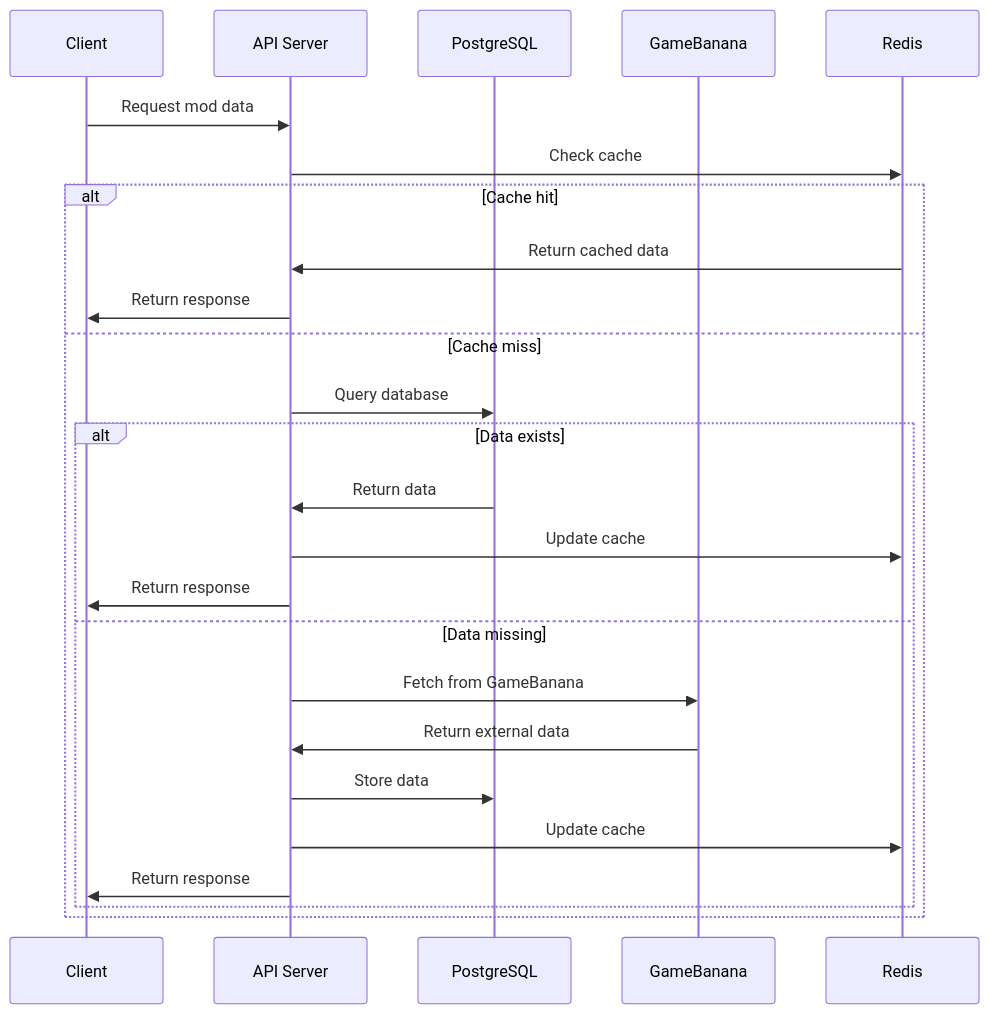
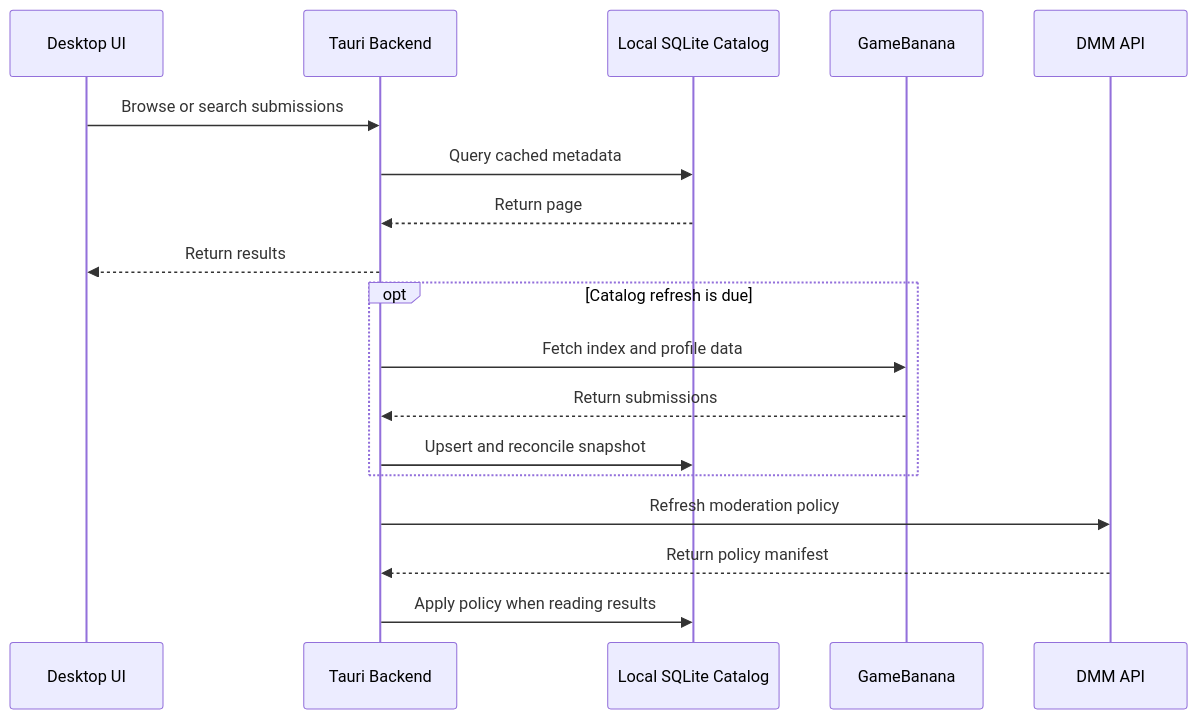
The fourth of 5 diagrams in apps/docs/content/docs/developer-docs/architecture.mdx (deadlock-mod-manager/deadlock-mod-manager), drawn with Mermaid before and after one commit. The commit also changed other lines of this file and 16 other files, not shown here.

````diff
--- a/apps/docs/content/docs/developer-docs/architecture.mdx
+++ b/apps/docs/content/docs/developer-docs/architecture.mdx
@@ -209,28 +209,23 @@
 ```mermaid
 sequenceDiagram
-    participant C as Client
-    participant API as API Server
-    participant DB as PostgreSQL
+    participant UI as Desktop UI
+    participant Tauri as Tauri Backend
+    participant Catalog as Local SQLite Catalog
     participant GB as GameBanana
-    participant Cache as Redis
+    participant API as DMM API
 
-    C->>API: Request mod data
-    API->>Cache: Check cache
-    alt Cache hit
-        Cache->>API: Return cached data
-        API->>C: Return response
-    else Cache miss
-        API->>DB: Query database
-        alt Data exists
-            DB->>API: Return data
-            API->>Cache: Update cache
-            API->>C: Return response
-        else Data missing
-            API->>GB: Fetch from GameBanana
-            GB->>API: Return external data
-            API->>DB: Store data
-            API->>Cache: Update cache
-            API->>C: Return response
-        end
+    UI->>Tauri: Browse or search submissions
+    Tauri->>Catalog: Query cached metadata
+    Catalog-->>Tauri: Return page
+    Tauri-->>UI: Return results
+
+    opt Catalog refresh is due
+        Tauri->>GB: Fetch index and profile data
+        GB-->>Tauri: Return submissions
+        Tauri->>Catalog: Upsert and reconcile snapshot
     end
+
+    Tauri->>API: Refresh moderation policy
+    API-->>Tauri: Return policy manifest
+    Tauri->>Catalog: Apply policy when reading results
 ```
````
